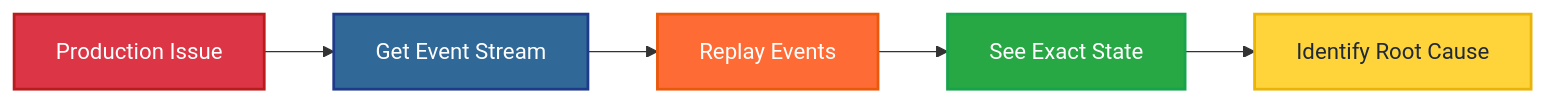
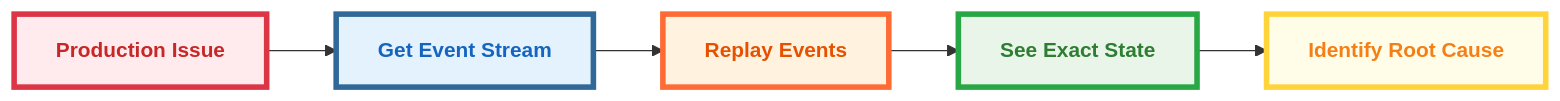
One commit to anmarkoulis/event-sourcing changed the diagram in docs/presentation/diagrams/source/debugging-superpowers.mmd. Above: the diagram before and after it, drawn with Mermaid. The commit also changed 4 other files, not shown here.

First line of the commit message:
docs: improve diagram colors and analysis

```diff
--- a/docs/presentation/diagrams/source/debugging-superpowers.mmd
+++ b/docs/presentation/diagrams/source/debugging-superpowers.mmd
@@ -1,11 +1,11 @@
 graph LR
-    A[Production Issue] --> B[Get Event Stream]
-    B --> C[Replay Events]
-    C --> D[See Exact State]
-    D --> E[Identify Root Cause]
+    A[Production Issue<br/>] --> B[Get Event Stream<br/>]
+    B --> C[Replay Events<br/>]
+    C --> D[See Exact State<br/>]
+    D --> E[Identify Root Cause<br/>]
 
-    style A fill:#DC3545,stroke:#b91c1c,stroke-width:2px,color:#ffffff
-    style B fill:#306998,stroke:#1e3a8a,stroke-width:2px,color:#ffffff
-    style C fill:#FF6B35,stroke:#ea580c,stroke-width:2px,color:#ffffff
-    style D fill:#28A745,stroke:#16a34a,stroke-width:2px,color:#ffffff
-    style E fill:#FFD43B,stroke:#eab308,stroke-width:2px,color:#1f2937
+    style A fill:#FFEBEE,stroke:#DC3545,stroke-width:4px,color:#C62828,font-weight:bold,font-size:15px,font-family:sans-serif
+    style B fill:#E3F2FD,stroke:#306998,stroke-width:4px,color:#1565C0,font-weight:bold,font-size:15px,font-family:sans-serif
+    style C fill:#FFF3E0,stroke:#FF6B35,stroke-width:4px,color:#E65100,font-weight:bold,font-size:15px,font-family:sans-serif
+    style D fill:#E8F5E8,stroke:#28A745,stroke-width:4px,color:#2E7D32,font-weight:bold,font-size:15px,font-family:sans-serif
+    style E fill:#FFFDE7,stroke:#FFD43B,stroke-width:4px,color:#F57F17,font-weight:bold,font-size:15px,font-family:sans-serif
```
